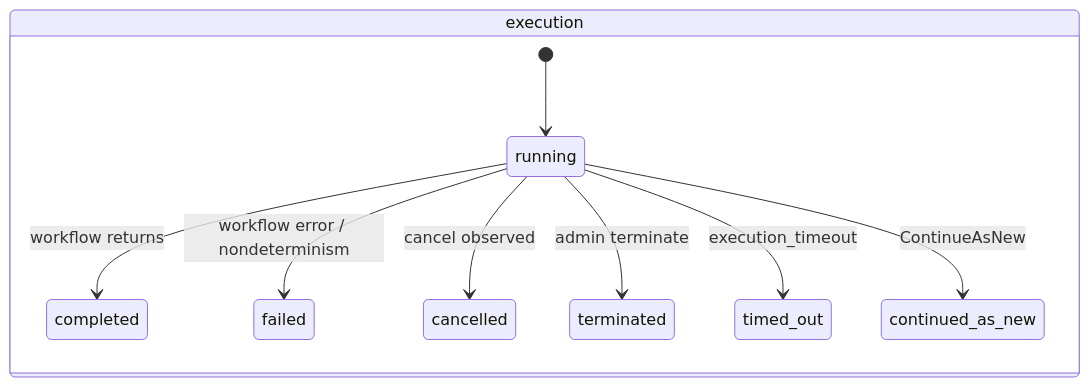
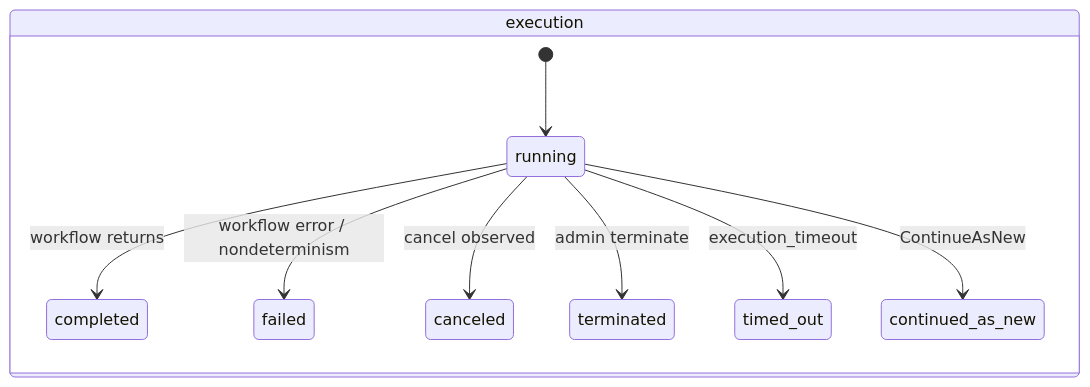
Before and after one commit to harshal5-dev/tandav: the third of 4 diagrams in docs/02-phase-1-system-design.md, drawn with Mermaid. The commit also changed other lines of this file and 3 other files, not shown here.

````diff
--- a/docs/02-phase-1-system-design.md
+++ b/docs/02-phase-1-system-design.md
@@ -302,13 +303,13 @@
 ```mermaid
 stateDiagram-v2
     direction LR
     state "execution" as e {
         [*] --> running
         running --> completed : workflow returns
         running --> failed : workflow error / nondeterminism
-        running --> cancelled : cancel observed
+        running --> canceled : cancel observed
         running --> terminated : admin terminate
         running --> timed_out : execution_timeout
         running --> continued_as_new : ContinueAsNew
     }
 ```
````
